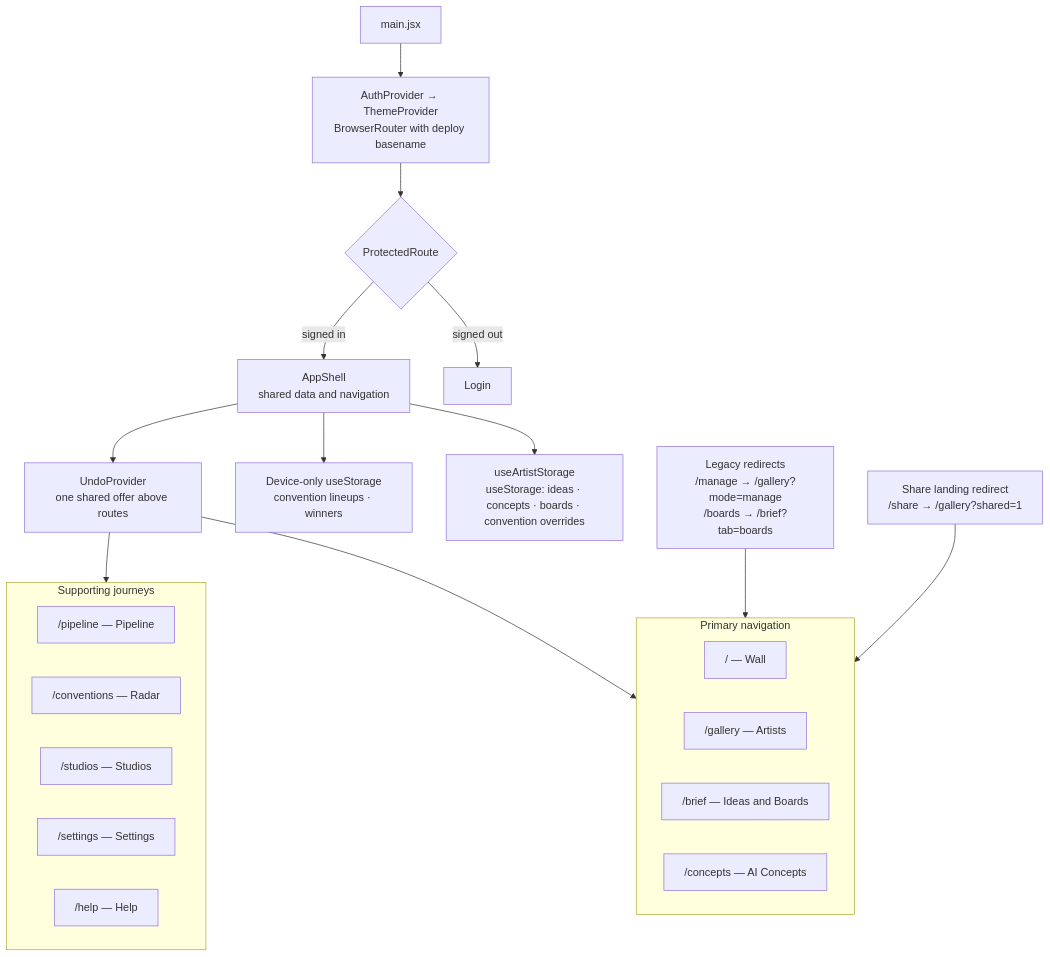
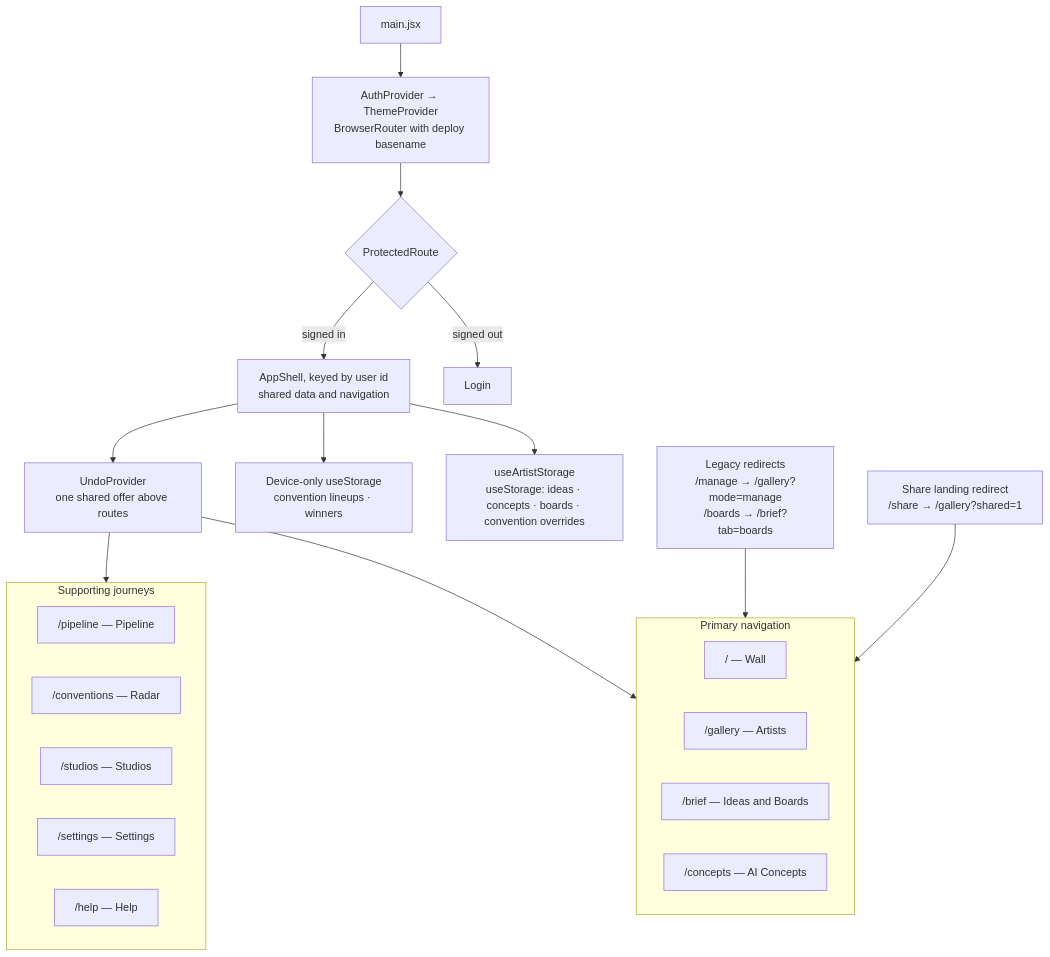
Before and after one commit to Pritesh1980/sable: the third of 11 diagrams in docs/ARCHITECTURE.md, drawn with Mermaid. The commit also changed other lines of this file and 10 other files, not shown here.

````diff
--- a/docs/ARCHITECTURE.md
+++ b/docs/ARCHITECTURE.md
@@ -132,40 +134,40 @@
 ```mermaid
 flowchart TB
   ENTRY["main.jsx"]
   PROVIDERS["AuthProvider → ThemeProvider<br/>BrowserRouter with deploy basename"]
   GATE{"ProtectedRoute"}
   LOGIN["Login"]
-  SHELL["AppShell<br/>shared data and navigation"]
+  SHELL["AppShell, keyed by user id<br/>shared data and navigation"]
   STATE["useArtistStorage<br/>useStorage: ideas · concepts · boards · convention overrides"]
   LOCALSTATE["Device-only useStorage<br/>convention lineups · winners"]
   UNDO["UndoProvider<br/>one shared offer above routes"]
 
   subgraph PRIMARY["Primary navigation"]
     WALL["/ — Wall"]
     GALLERY["/gallery — Artists"]
     BRIEF["/brief — Ideas and Boards"]
     CONCEPTS["/concepts — AI Concepts"]
   end
 
   subgraph SUPPORT["Supporting journeys"]
     PIPELINE["/pipeline — Pipeline"]
     RADAR["/conventions — Radar"]
     STUDIOS["/studios — Studios"]
     SETTINGS["/settings — Settings"]
     HELP["/help — Help"]
   end
 
   LEGACY["Legacy redirects<br/>/manage → /gallery?mode=manage<br/>/boards → /brief?tab=boards"]
   SHARE["Share landing redirect<br/>/share → /gallery?shared=1"]
 
   ENTRY --> PROVIDERS --> GATE
   GATE -- "signed out" --> LOGIN
   GATE -- "signed in" --> SHELL
   SHELL --> STATE
   SHELL --> LOCALSTATE
   SHELL --> UNDO
   UNDO --> PRIMARY
   UNDO --> SUPPORT
   LEGACY --> PRIMARY
   SHARE --> PRIMARY
 ```
````
